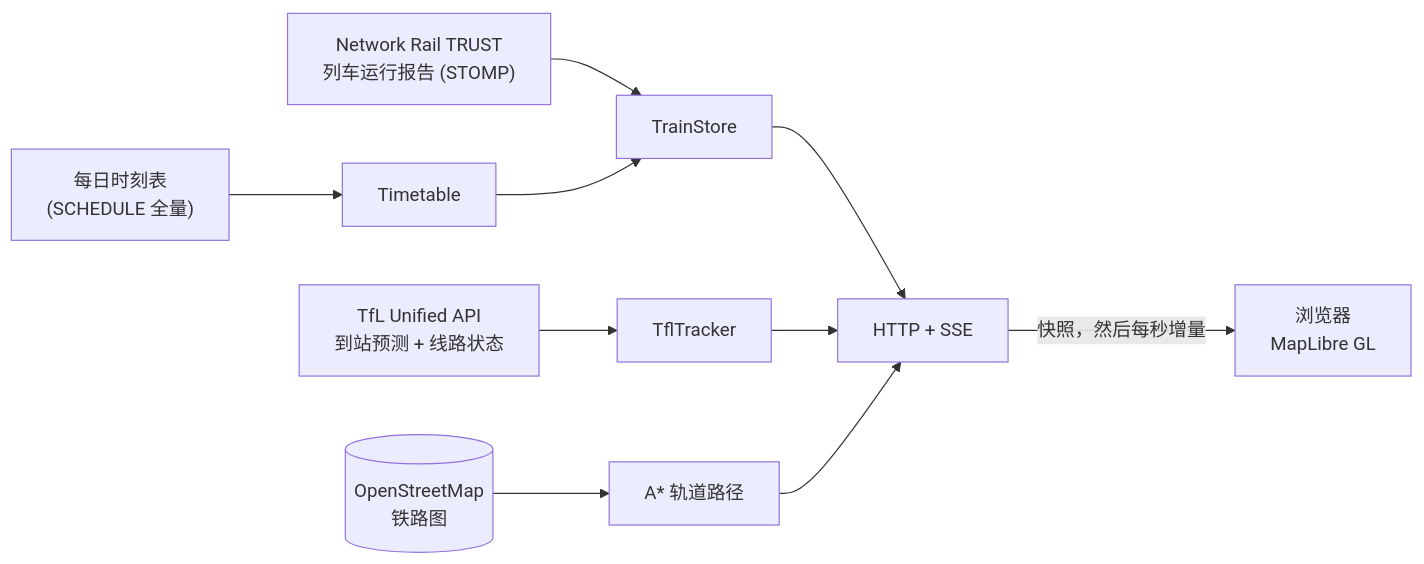
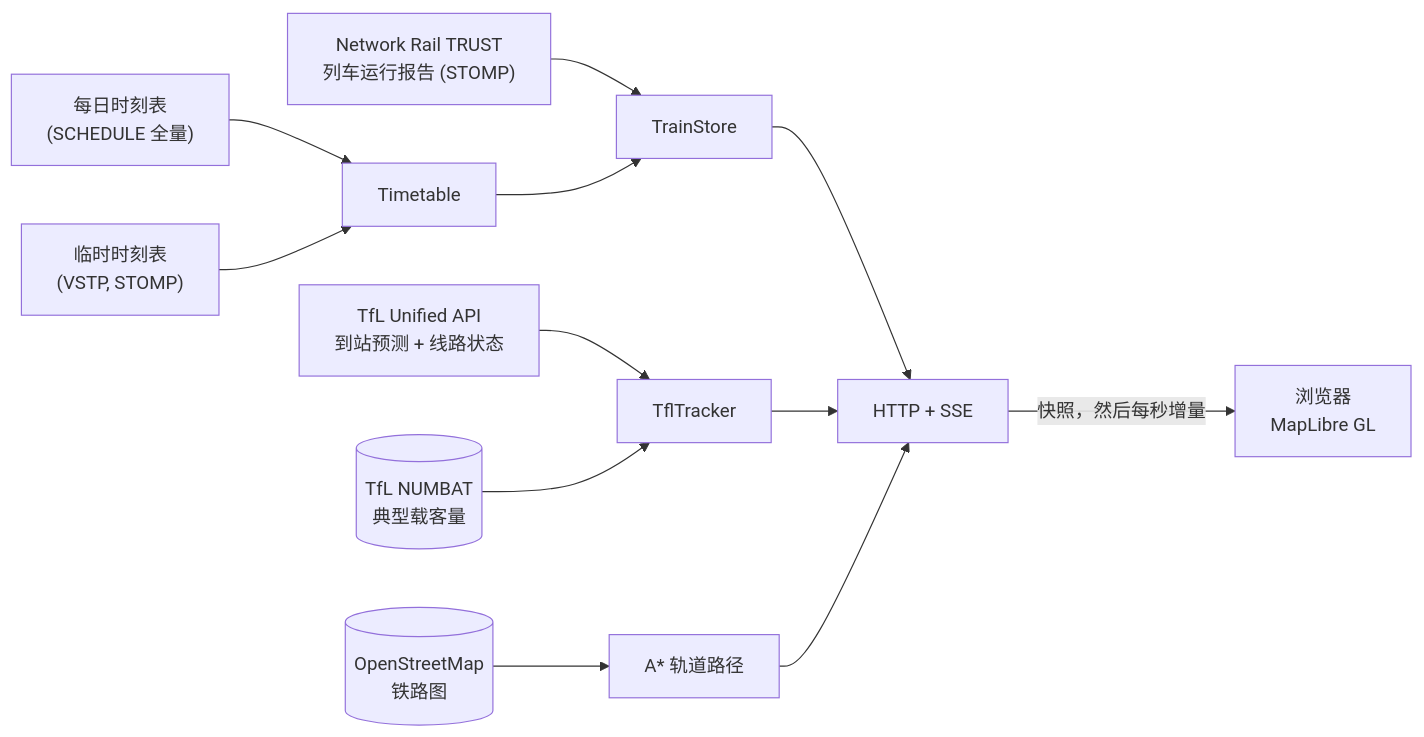
One commit to simpleapples/uk-train-live changed the diagram in README.zh-CN.md. Above: the diagram before and after it, drawn with Mermaid. The commit also changed other lines of this file and 20 other files, not shown here.

````diff
--- a/README.zh-CN.md
+++ b/README.zh-CN.md
@@ -98,11 +99,13 @@
 ```mermaid
 flowchart LR
   TRUST["Network Rail TRUST<br/>列车运行报告 (STOMP)"] --> Store[TrainStore]
   SCHEDULE["每日时刻表<br/>(SCHEDULE 全量)"] --> Timetable --> Store
+  VSTP["临时时刻表<br/>(VSTP, STOMP)"] --> Timetable
   TfLAPI["TfL Unified API<br/>到站预测 + 线路状态"] --> Tracker[TflTracker]
+  NUMBAT[("TfL NUMBAT<br/>典型载客量")] --> Tracker
   OSM[("OpenStreetMap<br/>铁路图")] --> Paths["A* 轨道路径"]
   Store --> Server["HTTP + SSE"]
   Tracker --> Server
   Paths --> Server
   Server -- "快照，然后每秒增量" --> Browser["浏览器<br/>MapLibre GL"]
 ```
````
